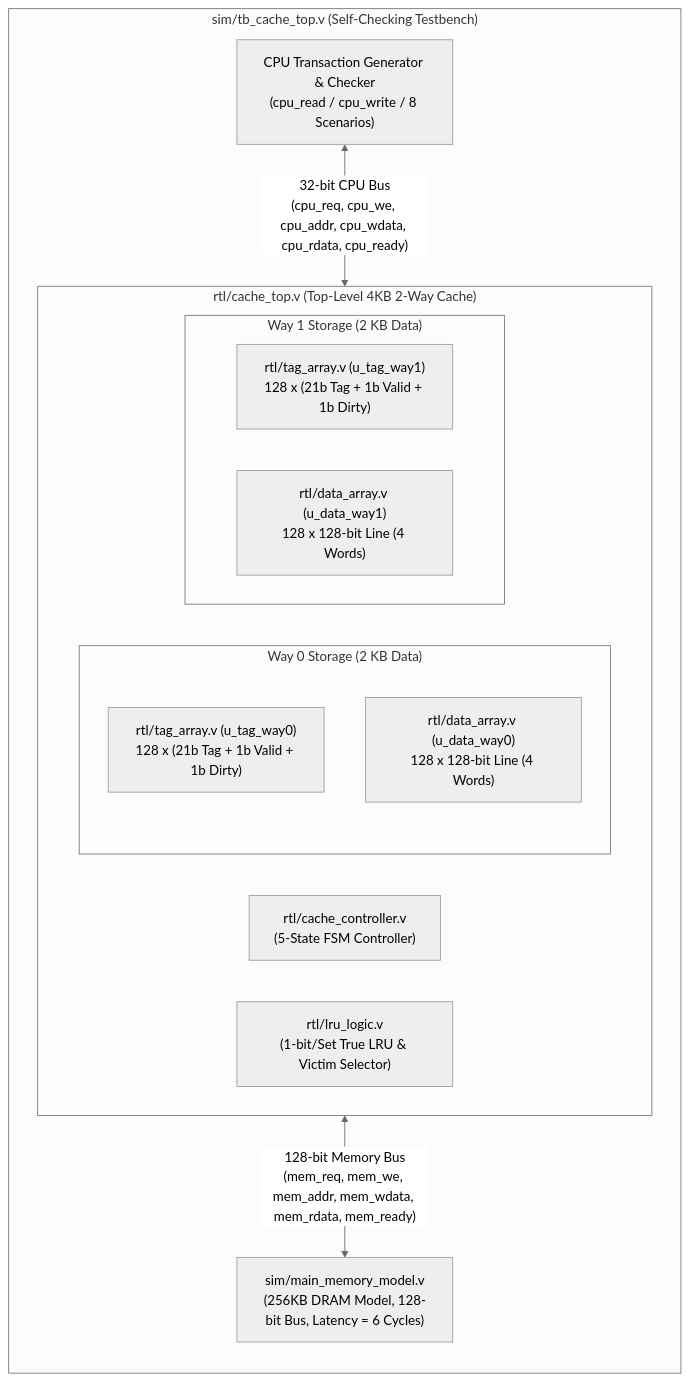
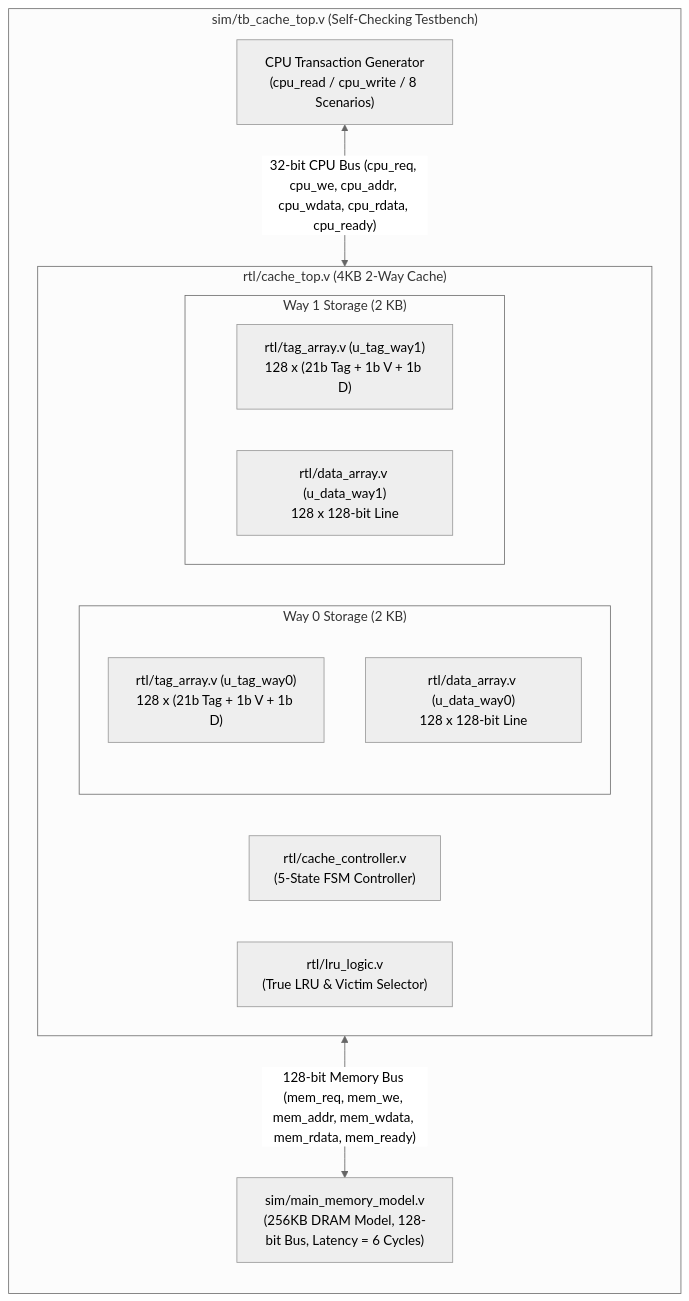
Before and after one commit to lamquydo/project_KTMT: the diagram in README.md, drawn with Mermaid (neutral theme). The commit also changed other lines of this file and 14 other files, not shown here.

Commit message:
Refactor project: streamline core 4KB 2-way cache controller and add Vietnamese documentation

````diff
--- a/README.md
+++ b/README.md
@@ -73,27 +68,27 @@
 ```mermaid
 flowchart TD
     subgraph TB["sim/tb_cache_top.v (Self-Checking Testbench)"]
         direction TB
-        CPU_GEN["CPU Transaction Generator & Checker<br/>(cpu_read / cpu_write / 8 Scenarios)"]
+        CPU_GEN["CPU Transaction Generator<br/>(cpu_read / cpu_write / 8 Scenarios)"]
         
-        subgraph DUT["rtl/cache_top.v (Top-Level 4KB 2-Way Cache)"]
+        subgraph DUT["rtl/cache_top.v (4KB 2-Way Cache)"]
             CTRL["rtl/cache_controller.v<br/>(5-State FSM Controller)"]
-            LRU["rtl/lru_logic.v<br/>(1-bit/Set True LRU & Victim Selector)"]
+            LRU["rtl/lru_logic.v<br/>(True LRU & Victim Selector)"]
             
-            subgraph WAY0["Way 0 Storage (2 KB Data)"]
-                TAG0["rtl/tag_array.v (u_tag_way0)<br/>128 x (21b Tag + 1b Valid + 1b Dirty)"]
-                DATA0["rtl/data_array.v (u_data_way0)<br/>128 x 128-bit Line (4 Words)"]
+            subgraph WAY0["Way 0 Storage (2 KB)"]
+                TAG0["rtl/tag_array.v (u_tag_way0)<br/>128 x (21b Tag + 1b V + 1b D)"]
+                DATA0["rtl/data_array.v (u_data_way0)<br/>128 x 128-bit Line"]
             end
             
-            subgraph WAY1["Way 1 Storage (2 KB Data)"]
-                TAG1["rtl/tag_array.v (u_tag_way1)<br/>128 x (21b Tag + 1b Valid + 1b Dirty)"]
-                DATA1["rtl/data_array.v (u_data_way1)<br/>128 x 128-bit Line (4 Words)"]
+            subgraph WAY1["Way 1 Storage (2 KB)"]
+                TAG1["rtl/tag_array.v (u_tag_way1)<br/>128 x (21b Tag + 1b V + 1b D)"]
+                DATA1["rtl/data_array.v (u_data_way1)<br/>128 x 128-bit Line"]
             end
         end
         
         DRAM["sim/main_memory_model.v<br/>(256KB DRAM Model, 128-bit Bus, Latency = 6 Cycles)"]
         
-        CPU_GEN <-->|"32-bit CPU Bus<br/>(cpu_req, cpu_we, cpu_addr, cpu_wdata, cpu_rdata, cpu_ready)"| DUT
-        DUT <-->|"128-bit Memory Bus<br/>(mem_req, mem_we, mem_addr, mem_wdata, mem_rdata, mem_ready)"| DRAM
+        CPU_GEN <-->|"32-bit CPU Bus (cpu_req, cpu_we, cpu_addr, cpu_wdata, cpu_rdata, cpu_ready)"| DUT
+        DUT <-->|"128-bit Memory Bus (mem_req, mem_we, mem_addr, mem_wdata, mem_rdata, mem_ready)"| DRAM
     end
 ```
````
